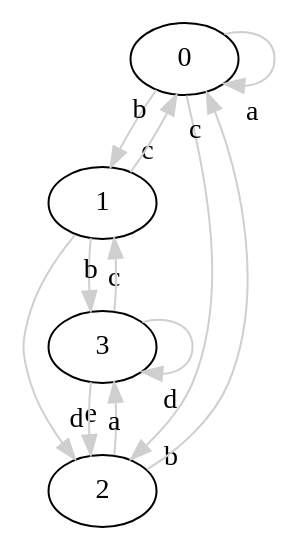
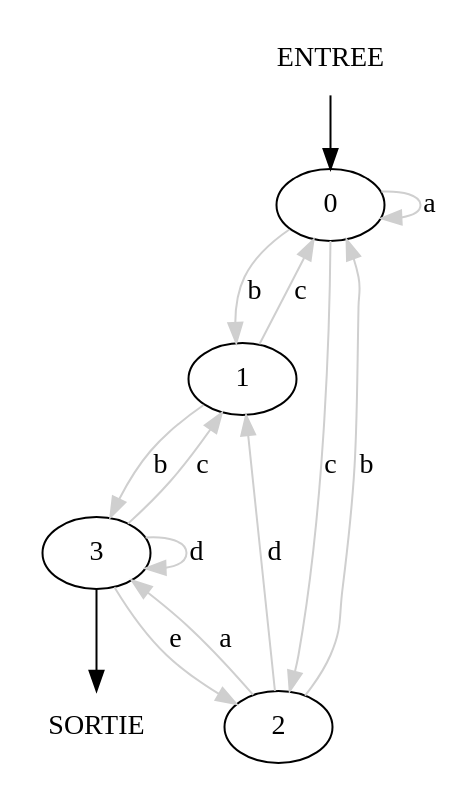
The diagram in cmake-build-debug/f1.dot (Y7T007/PROJECT_THL_GI), drawn with Graphviz before and after one commit. The commit also changed 9 other files, not shown here.

```diff
--- a/cmake-build-debug/f1.dot
+++ b/cmake-build-debug/f1.dot
@@ -1,17 +1,20 @@
 digraph test_graph{
-
+e[ label="ENTREE" shape=none]
+s[ label="SORTIE" shape=none]
 0 [label="0"]
 1 [label="1"]
 2 [label="2"]
 3 [label="3"];
-0 -> 0 [headlabel="a" labeldistance=2.0 labelangle=-40 color=grey81 ] 
-1 -> 0 [headlabel="b" labeldistance=2.0 labelangle=-40 color=grey81 ] 
-2 -> 0 [headlabel="c" labeldistance=2.0 labelangle=-40 color=grey81 ] 
-0 -> 1 [headlabel="c" labeldistance=2.0 labelangle=-40 color=grey81 ] 
-3 -> 1 [headlabel="b" labeldistance=2.0 labelangle=-40 color=grey81 ] 
-0 -> 2 [headlabel="b" labeldistance=2.0 labelangle=-40 color=grey81 ] 
-1 -> 2 [headlabel="d" labeldistance=2.0 labelangle=-40 color=grey81 ] 
-3 -> 2 [headlabel="a" labeldistance=2.0 labelangle=-40 color=grey81 ] 
-1 -> 3 [headlabel="c" labeldistance=2.0 labelangle=-40 color=grey81 ] 
-2 -> 3 [headlabel="e" labeldistance=2.0 labelangle=-40 color=grey81 ] 
-3 -> 3 [headlabel="d" labeldistance=2.0 labelangle=-40 color=grey81 ] }
+e -> 0  ;
+0 -> 0 [label="a" color=grey81 ] 
+0 -> 1 [label="b" color=grey81 ] 
+0 -> 2 [label="c" color=grey81 ] 
+1 -> 0 [label="c" color=grey81 ] 
+1 -> 3 [label="b" color=grey81 ] 
+2 -> 0 [label="b" color=grey81 ] 
+2 -> 1 [label="d" color=grey81 ] 
+2 -> 3 [label="a" color=grey81 ] 
+3 -> s ;
+3 -> 1 [label="c" color=grey81 ] 
+3 -> 2 [label="e" color=grey81 ] 
+3 -> 3 [label="d" color=grey81 ] }
```
